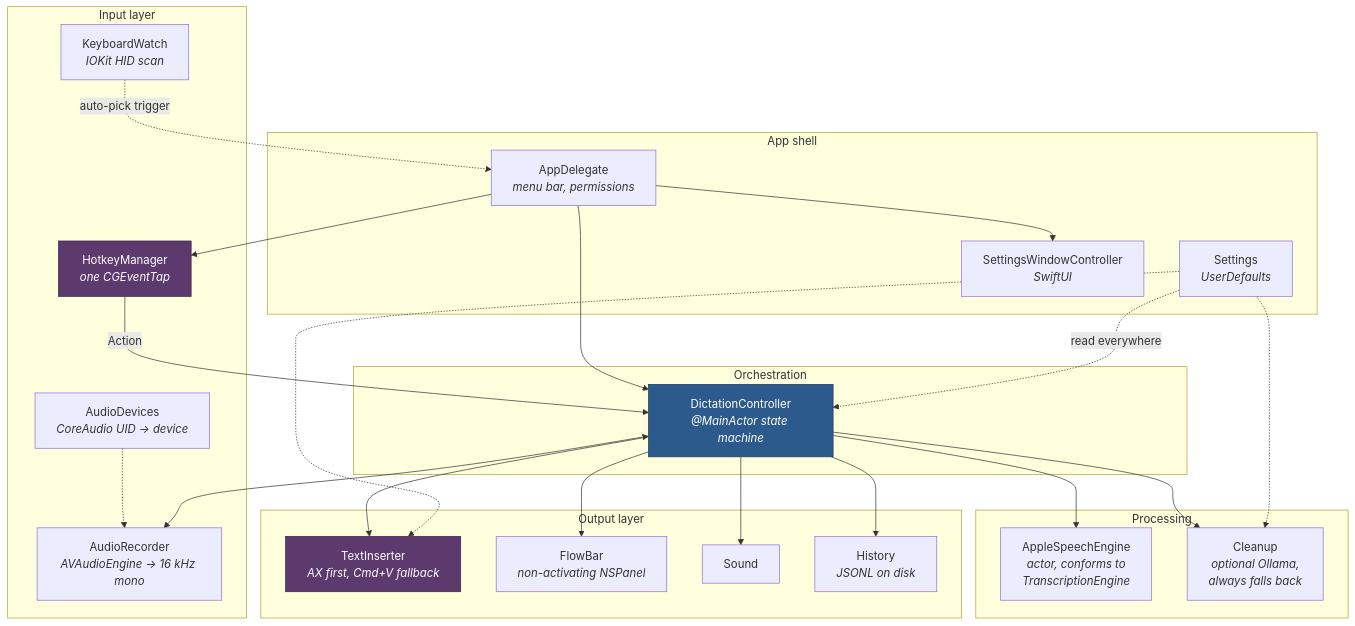
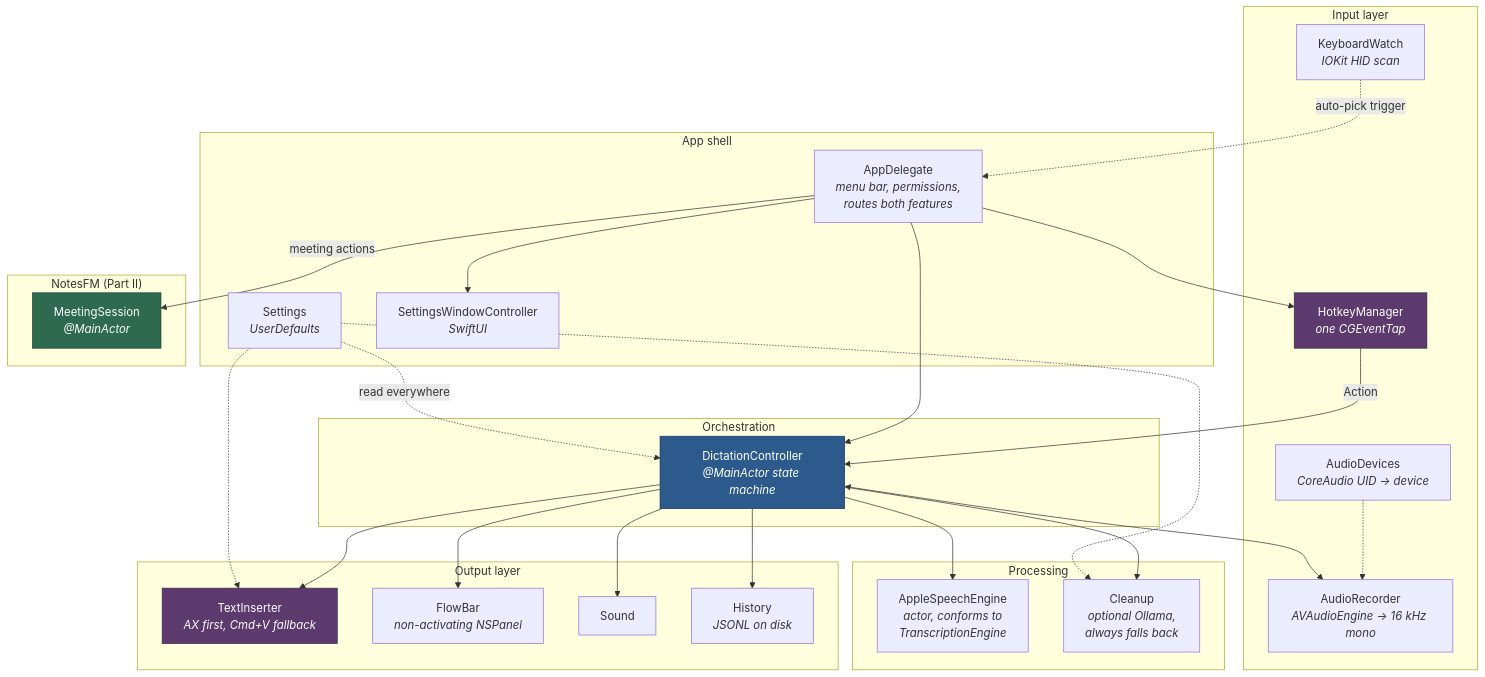
The first of 13 diagrams in docs/ARCHITECTURE.md (Ashwin3919/LocalFlow), drawn with Mermaid before and after one commit. The commit also changed other lines of this file, not shown here.

````diff
--- a/docs/ARCHITECTURE.md
+++ b/docs/ARCHITECTURE.md
@@ -29,52 +44,58 @@
 ```mermaid
 graph TB
     subgraph input["Input layer"]
         TAP["HotkeyManager<br/><i>one CGEventTap</i>"]
         MIC["AudioRecorder<br/><i>AVAudioEngine → 16 kHz mono</i>"]
         DEV["AudioDevices<br/><i>CoreAudio UID → device</i>"]
         KBD["KeyboardWatch<br/><i>IOKit HID scan</i>"]
     end
 
     subgraph core["Orchestration"]
         CTL["DictationController<br/><i>@MainActor state machine</i>"]
     end
 
     subgraph process["Processing"]
         ASR["AppleSpeechEngine<br/><i>actor, conforms to<br/>TranscriptionEngine</i>"]
         CLN["Cleanup<br/><i>optional Ollama,<br/>always falls back</i>"]
     end
 
     subgraph output["Output layer"]
         INS["TextInserter<br/><i>AX first, Cmd+V fallback</i>"]
         BAR["FlowBar<br/><i>non-activating NSPanel</i>"]
         SND["Sound"]
         HIS["History<br/><i>JSONL on disk</i>"]
     end
 
     subgraph shell["App shell"]
-        DEL["AppDelegate<br/><i>menu bar, permissions</i>"]
+        DEL["AppDelegate<br/><i>menu bar, permissions,<br/>routes both features</i>"]
         SET["Settings<br/><i>UserDefaults</i>"]
         WIN["SettingsWindowController<br/><i>SwiftUI</i>"]
+    end
+
+    subgraph notes["NotesFM (Part II)"]
+        MS["MeetingSession<br/><i>@MainActor</i>"]
     end
 
     TAP -->|Action| CTL
     KBD -.->|auto-pick trigger| DEL
     DEV -.-> MIC
     CTL <--> MIC
     CTL --> ASR
     CTL --> CLN
     CTL --> INS
     CTL --> BAR
     CTL --> SND
     CTL --> HIS
     DEL --> CTL
     DEL --> TAP
     DEL --> WIN
+    DEL -->|"meeting actions"| MS
     SET -.->|read everywhere| CTL
     SET -.-> INS
     SET -.-> CLN
 
     style CTL fill:#2d5a8c,stroke:#1a3a5c,color:#fff
     style TAP fill:#5c3a6e,stroke:#3d2549,color:#fff
     style INS fill:#5c3a6e,stroke:#3d2549,color:#fff
+    style MS fill:#2d6a4f,stroke:#1b4332,color:#fff
 ```
````
